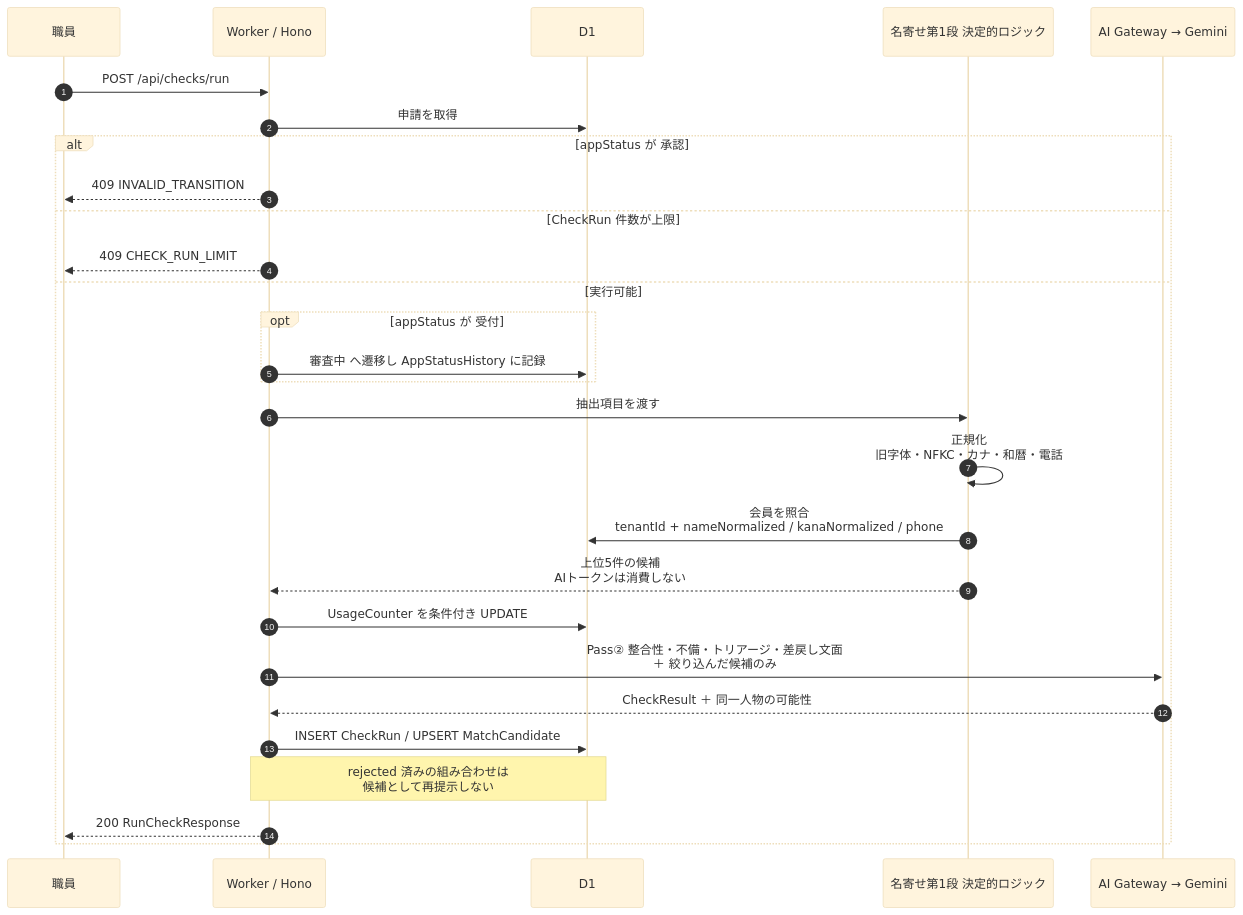
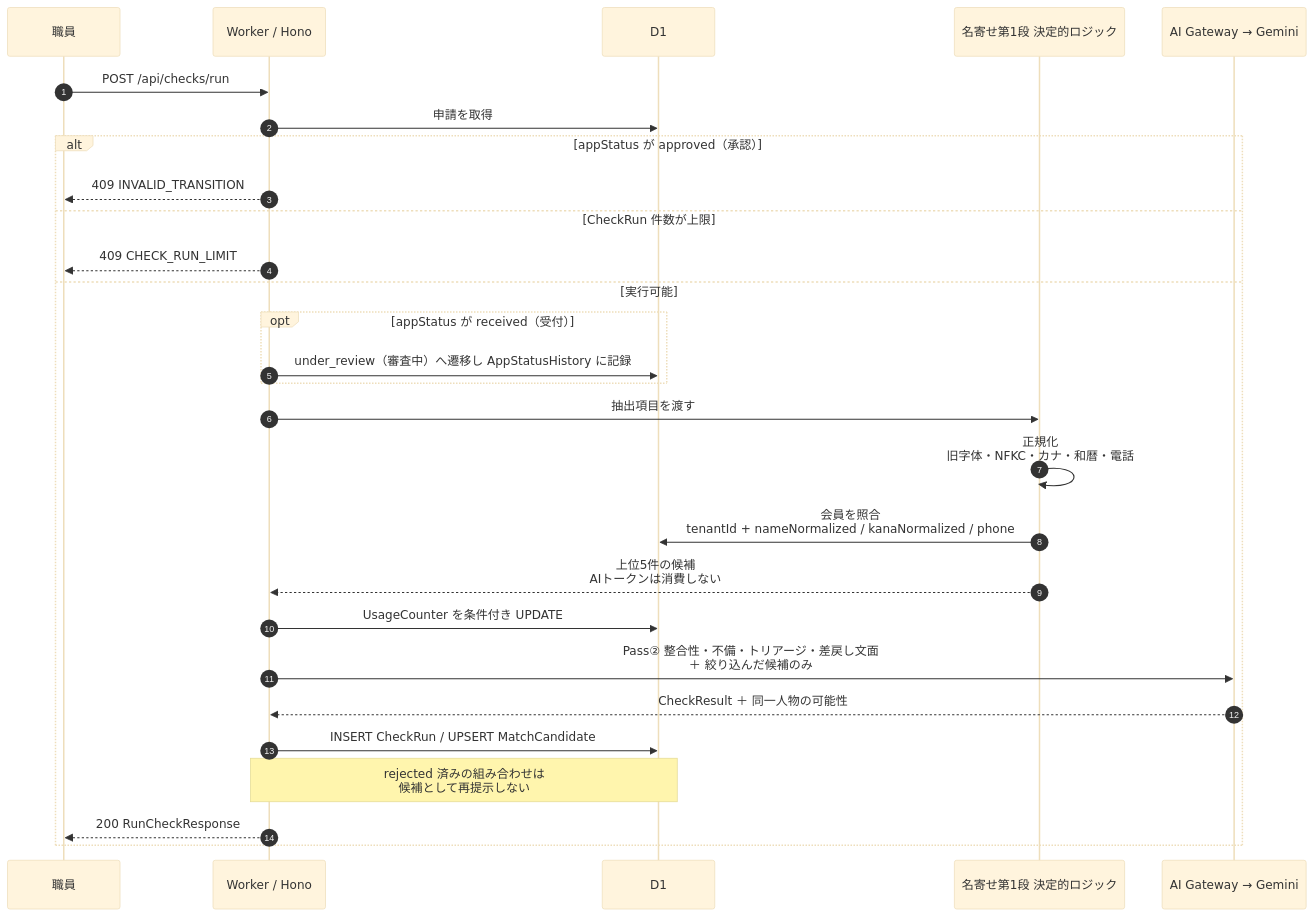
One commit to mizuho-jvit/ai-ocr-sample1 changed the third of 9 diagrams in knowledge/wiki/architecture/dataflow.md. Above: the diagram before and after it, drawn with Mermaid (base theme). The commit also changed other lines of this file and 10 other files, not shown here.

````diff
--- a/knowledge/wiki/architecture/dataflow.md
+++ b/knowledge/wiki/architecture/dataflow.md
@@ -111,31 +111,31 @@
 ```mermaid
 sequenceDiagram
     autonumber
     participant U as 職員
     participant W as Worker / Hono
     participant D1 as D1
     participant N as 名寄せ第1段 決定的ロジック
     participant AI as AI Gateway → Gemini
 
     U->>W: POST /api/checks/run
     W->>D1: 申請を取得
-    alt appStatus が 承認
+    alt appStatus が approved（承認）
         W-->>U: 409 INVALID_TRANSITION
     else CheckRun 件数が上限
         W-->>U: 409 CHECK_RUN_LIMIT
     else 実行可能
-        opt appStatus が 受付
-            W->>D1: 審査中 へ遷移し AppStatusHistory に記録
+        opt appStatus が received（受付）
+            W->>D1: under_review（審査中）へ遷移し AppStatusHistory に記録
         end
         W->>N: 抽出項目を渡す
         N->>N: 正規化<br/>旧字体・NFKC・カナ・和暦・電話
         N->>D1: 会員を照合<br/>tenantId + nameNormalized / kanaNormalized / phone
         N-->>W: 上位5件の候補<br/>AIトークンは消費しない
         W->>D1: UsageCounter を条件付き UPDATE
         W->>AI: Pass② 整合性・不備・トリアージ・差戻し文面<br/>＋ 絞り込んだ候補のみ
         AI-->>W: CheckResult ＋ 同一人物の可能性
         W->>D1: INSERT CheckRun / UPSERT MatchCandidate
         Note over W,D1: rejected 済みの組み合わせは<br/>候補として再提示しない
         W-->>U: 200 RunCheckResponse
     end
 ```
````
